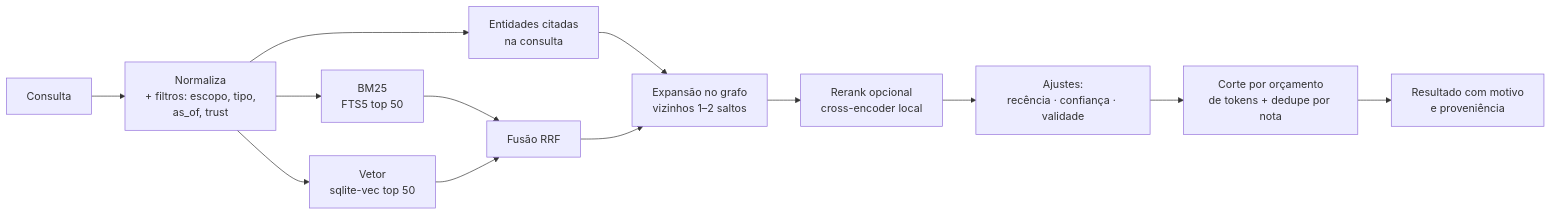
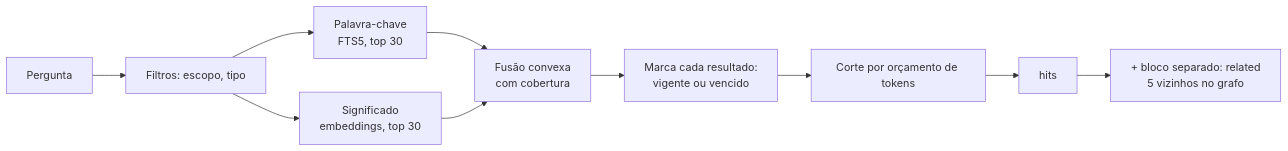
Before and after one commit to renanloureiroo/cabecao: the diagram in docs/06-busca-e-grafo.md, drawn with Mermaid. The commit also changed other lines of this file and 39 other files, not shown here.

````diff
--- a/docs/06-busca-e-grafo.md
+++ b/docs/06-busca-e-grafo.md
@@ -5,15 +7,12 @@
 ```mermaid
 flowchart LR
-    Q[Consulta] --> N[Normaliza<br/>+ filtros: escopo, tipo,<br/>as_of, trust]
-    N --> K[BM25<br/>FTS5 top 50]
-    N --> V[Vetor<br/>sqlite-vec top 50]
-    N --> E[Entidades citadas<br/>na consulta]
-    K --> R[Fusão RRF]
-    V --> R
-    E --> G[Expansão no grafo<br/>vizinhos 1–2 saltos]
-    R --> G
-    G --> RR[Rerank opcional<br/>cross-encoder local]
-    RR --> P[Ajustes:<br/>recência · confiança · validade]
-    P --> B[Corte por orçamento<br/>de tokens + dedupe por nota]
-    B --> O[Resultado com motivo<br/>e proveniência]
+    Q[Pergunta] --> F[Filtros: escopo, tipo]
+    F --> K[Palavra-chave<br/>FTS5, top 30]
+    F --> V[Significado<br/>embeddings, top 30]
+    K --> U[Fusão convexa<br/>com cobertura]
+    V --> U
+    U --> T[Marca cada resultado:<br/>vigente ou vencido]
+    T --> B[Corte por orçamento de tokens]
+    B --> H[hits]
+    H --> G[+ bloco separado: related<br/>5 vizinhos no grafo]
 ```
````
